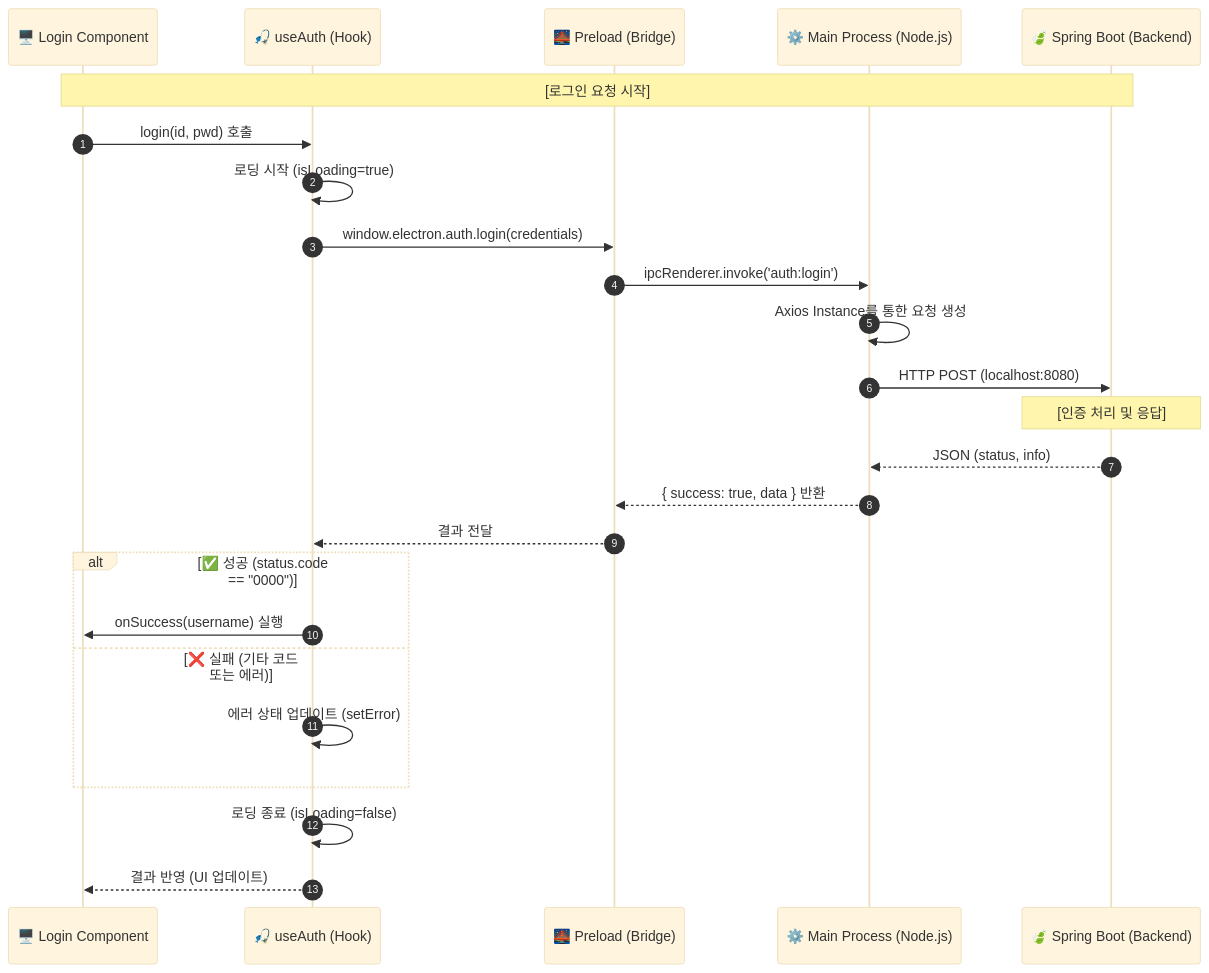
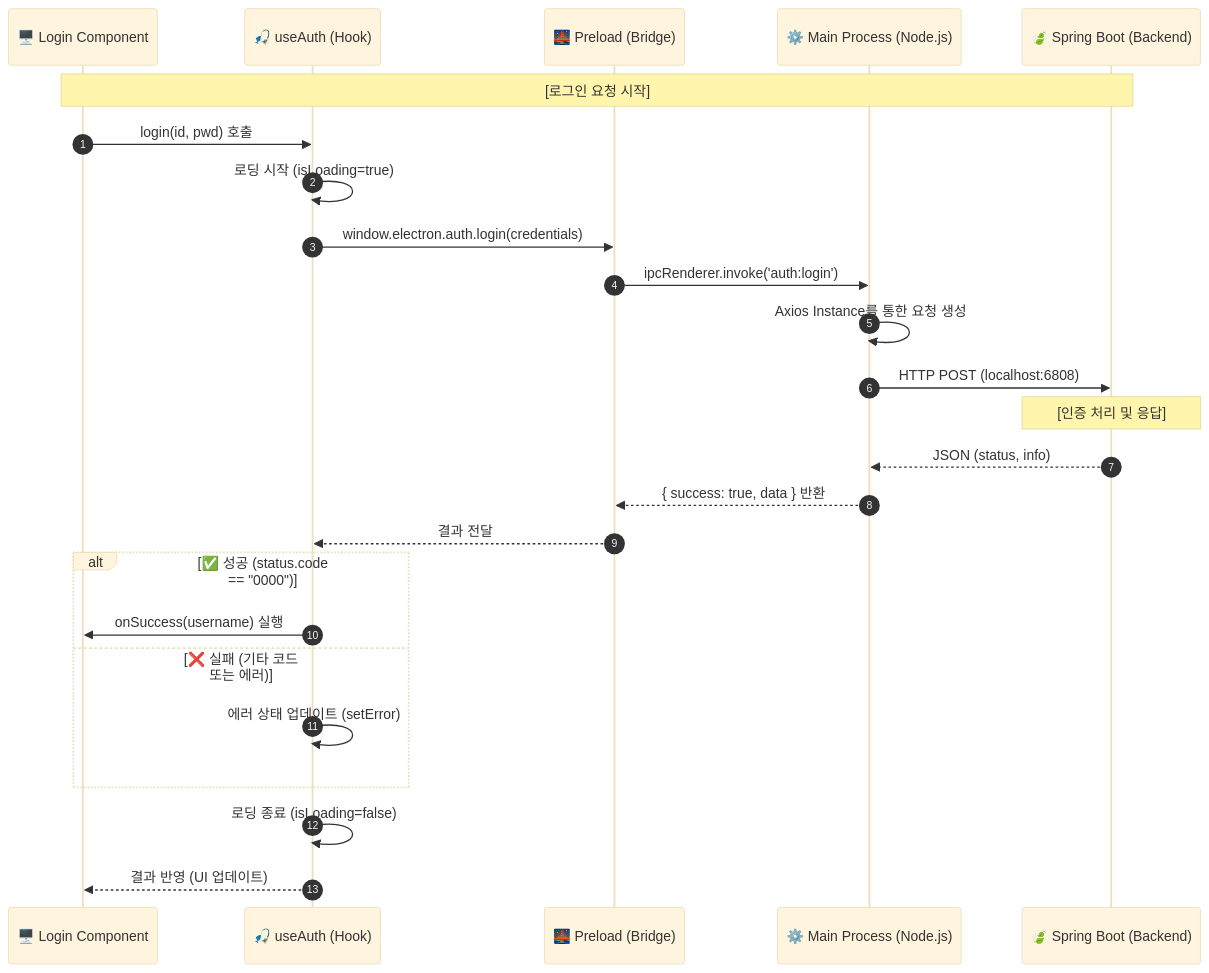
The diagram in README.md (blueclover22/study_electron), drawn with Mermaid (base theme) before and after one commit. The commit also changed other lines of this file and 6 other files, not shown here.

````diff
--- a/README.md
+++ b/README.md
@@ -76,33 +76,33 @@
 ```mermaid
 sequenceDiagram
     autonumber
     participant UI as 🖥️ Login Component
     participant Hook as 🎣 useAuth (Hook)
     participant Bridge as 🌉 Preload (Bridge)
     participant Main as ⚙️ Main Process (Node.js)
     participant API as 🍃 Spring Boot (Backend)
 
     Note over UI, API: [로그인 요청 시작]
     UI ->> Hook: login(id, pwd) 호출
     Hook ->> Hook: 로딩 시작 (isLoading=true)
     
     Hook ->> Bridge: window.electron.auth.login(credentials)
     Bridge ->> Main: ipcRenderer.invoke('auth:login')
     
     Main ->> Main: Axios Instance를 통한 요청 생성
-    Main ->> API: HTTP POST (localhost:8080)
+    Main ->> API: HTTP POST (localhost:6808)
 
     Note over API: [인증 처리 및 응답]
     API -->> Main: JSON (status, info)
     Main -->> Bridge: { success: true, data } 반환
     Bridge -->> Hook: 결과 전달
 
     alt ✅ 성공 (status.code == "0000")
         Hook ->> UI: onSuccess(username) 실행
     else ❌ 실패 (기타 코드 또는 에러)
         Hook ->> Hook: 에러 상태 업데이트 (setError)
     end
 
     Hook ->> Hook: 로딩 종료 (isLoading=false)
     Hook -->> UI: 결과 반영 (UI 업데이트)
 ```
````
